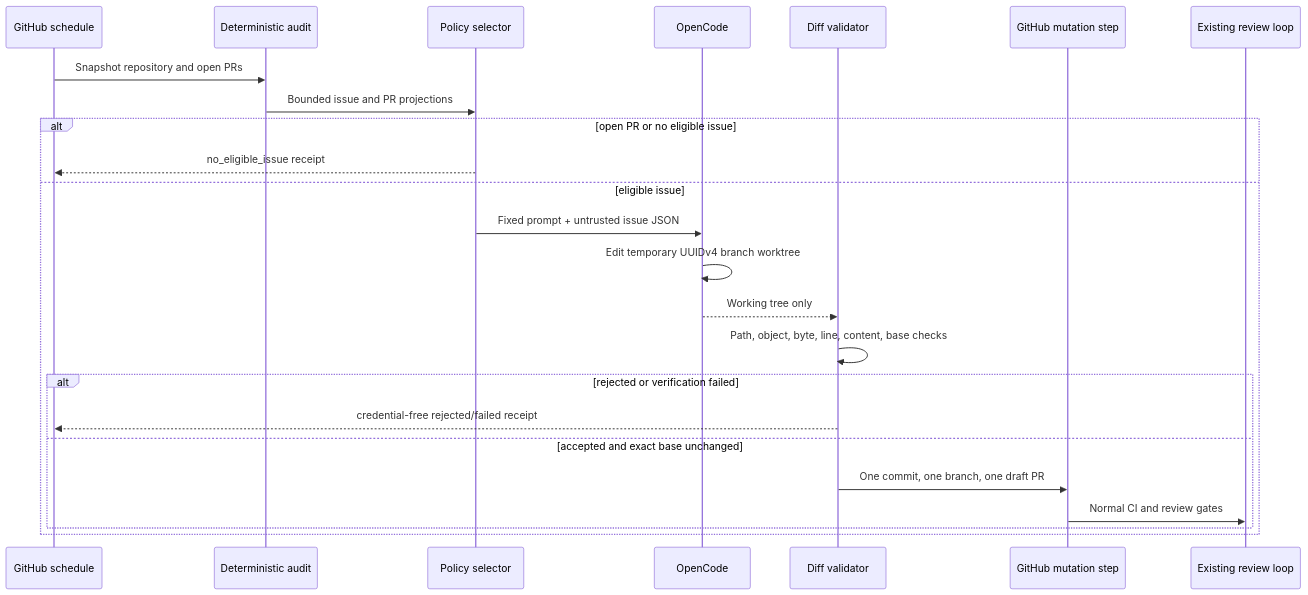
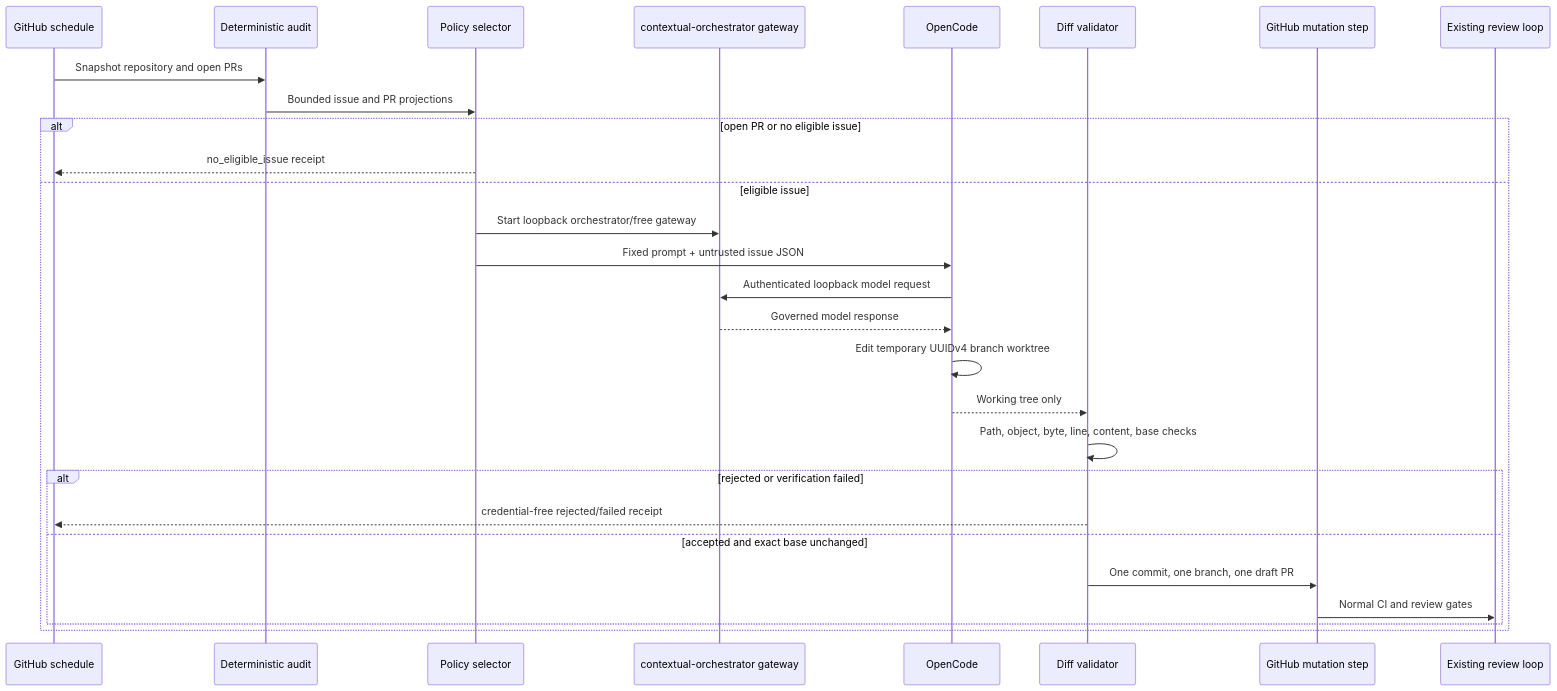
Before and after one commit to ContextualWisdomLab/life-os: the diagram in docs/operations/opencode-commercial-development-loop.md, drawn with Mermaid. The commit also changed other lines of this file, not shown here.

Commit message:
docs(automation): align OpenCode runbook with orchestrator boundary

````diff
--- a/docs/operations/opencode-commercial-development-loop.md
+++ b/docs/operations/opencode-commercial-development-loop.md
@@ -19,27 +20,31 @@
 ```mermaid
 sequenceDiagram
     participant Schedule as GitHub schedule
     participant Audit as Deterministic audit
     participant Selector as Policy selector
+    participant Gateway as contextual-orchestrator gateway
     participant OpenCode
     participant Validator as Diff validator
     participant GitHub as GitHub mutation step
     participant Review as Existing review loop
 
     Schedule->>Audit: Snapshot repository and open PRs
     Audit->>Selector: Bounded issue and PR projections
     alt open PR or no eligible issue
       Selector-->>Schedule: no_eligible_issue receipt
     else eligible issue
+      Selector->>Gateway: Start loopback orchestrator/free gateway
       Selector->>OpenCode: Fixed prompt + untrusted issue JSON
+      OpenCode->>Gateway: Authenticated loopback model request
+      Gateway-->>OpenCode: Governed model response
       OpenCode->>OpenCode: Edit temporary UUIDv4 branch worktree
       OpenCode-->>Validator: Working tree only
       Validator->>Validator: Path, object, byte, line, content, base checks
       alt rejected or verification failed
         Validator-->>Schedule: credential-free rejected/failed receipt
       else accepted and exact base unchanged
         Validator->>GitHub: One commit, one branch, one draft PR
         GitHub->>Review: Normal CI and review gates
       end
     end
 ```
````
